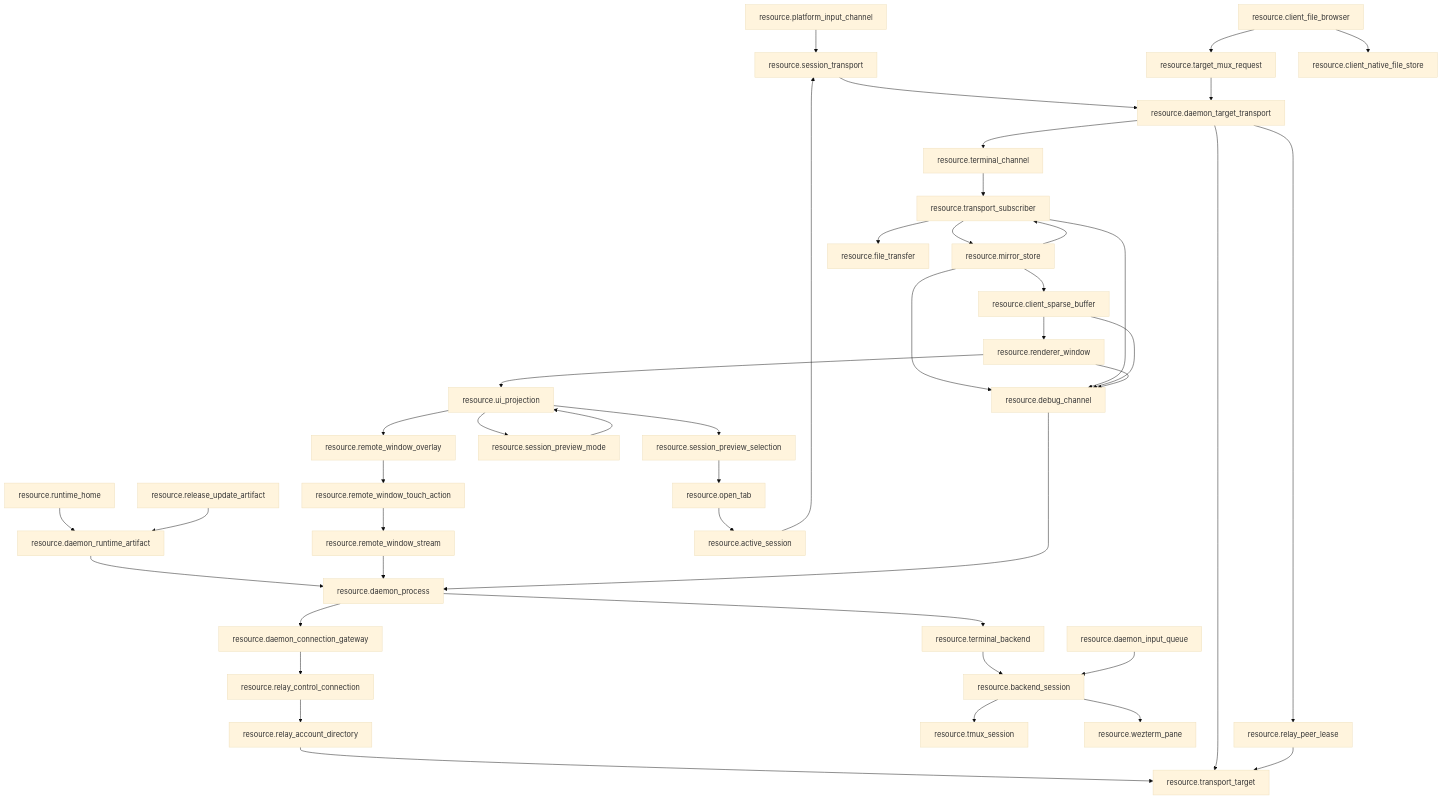
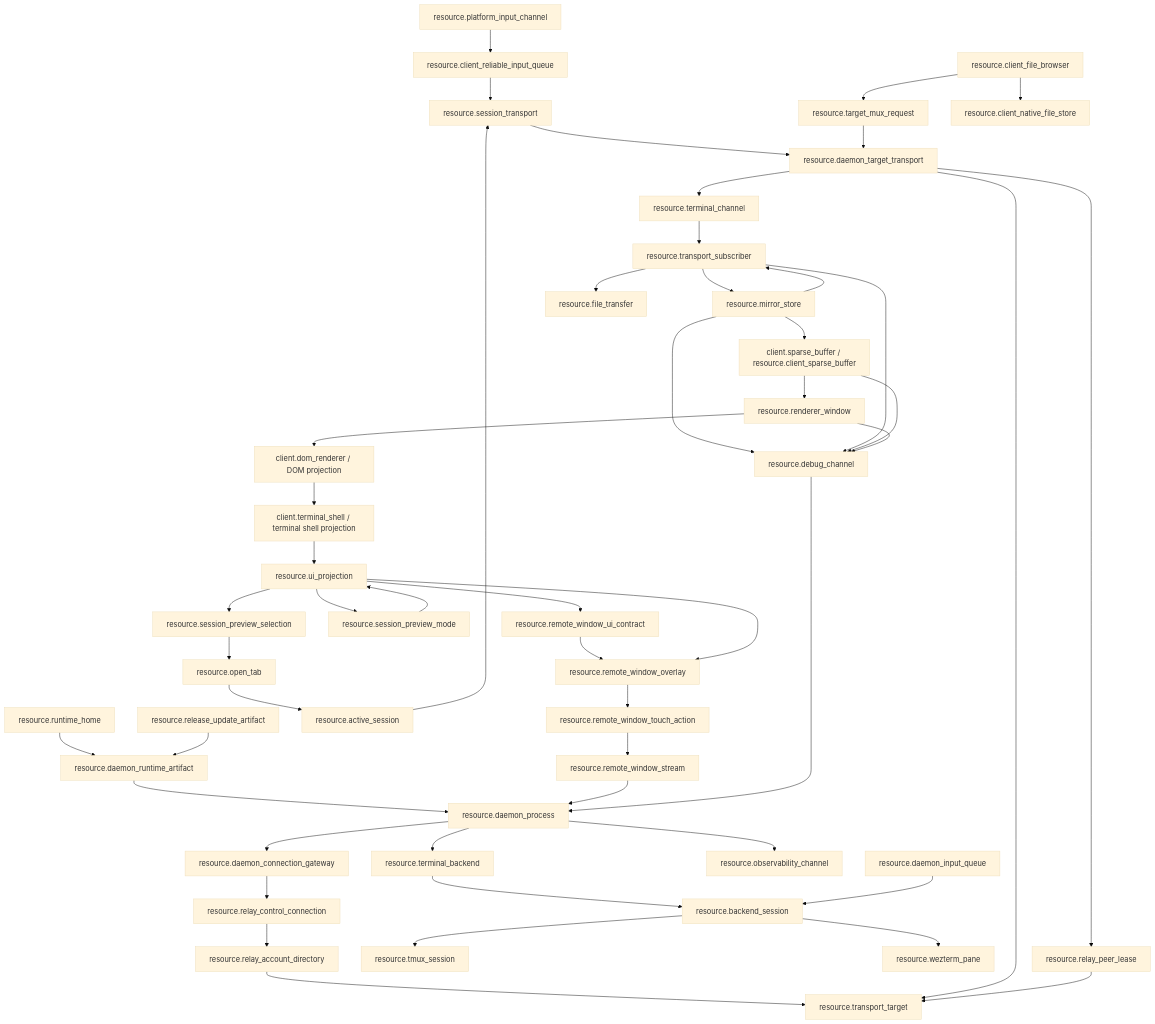
The fifth of 5 diagrams in android/docs/wiki/mainline-source.md (Jasonzhangf/zterm), drawn with Mermaid (base theme) before and after one commit. The commit also changed other lines of this file and 389 other files, not shown here.

````diff
--- a/android/docs/wiki/mainline-source.md
+++ b/android/docs/wiki/mainline-source.md
@@ -257,46 +339,52 @@
 ```mermaid
 flowchart TD
   RuntimeHome["resource.runtime_home"] --> DaemonArtifact["resource.daemon_runtime_artifact"]
   DaemonArtifact --> DaemonProcess["resource.daemon_process"]
   DaemonProcess --> DaemonConnectionGateway["resource.daemon_connection_gateway"]
   DaemonConnectionGateway --> RelayControlConnection["resource.relay_control_connection"]
   RelayControlConnection --> RelayAccountDirectory["resource.relay_account_directory"]
   RelayAccountDirectory --> TransportTarget
   DaemonProcess --> TerminalBackend["resource.terminal_backend"]
+  DaemonProcess --> ObservabilityChannel["resource.observability_channel"]
   TerminalBackend --> BackendSession["resource.backend_session"]
   BackendSession --> TmuxSession["resource.tmux_session"]
   BackendSession --> WeztermPane["resource.wezterm_pane"]
   SessionTransport["resource.session_transport"] --> DaemonTargetTransport["resource.daemon_target_transport"]
   DaemonTargetTransport --> TransportTarget["resource.transport_target"]
   DaemonTargetTransport --> RelayPeerLease["resource.relay_peer_lease"]
   RelayPeerLease --> TransportTarget
   DaemonTargetTransport --> TerminalChannel["resource.terminal_channel"]
   TerminalChannel --> TransportSubscriber["resource.transport_subscriber"]
   TransportSubscriber --> MirrorStore["resource.mirror_store"]
   MirrorStore --> TransportSubscriber
-  MirrorStore --> ClientSparseBuffer["resource.client_sparse_buffer"]
+  MirrorStore --> ClientSparseBuffer["client.sparse_buffer / resource.client_sparse_buffer"]
   ClientSparseBuffer --> RendererWindow["resource.renderer_window"]
-  RendererWindow --> UiProjection["resource.ui_projection"]
+  RendererWindow --> DomRenderer["client.dom_renderer / DOM projection"]
+  DomRenderer --> TerminalShell["client.terminal_shell / terminal shell projection"]
+  TerminalShell --> UiProjection["resource.ui_projection"]
   UiProjection --> PreviewSelection["resource.session_preview_selection"]
   UiProjection --> PreviewMode["resource.session_preview_mode"]
+  UiProjection --> RemoteWindowContract["resource.remote_window_ui_contract"]
+  RemoteWindowContract --> RemoteWindowOverlay
   UiProjection --> RemoteWindowOverlay["resource.remote_window_overlay"]
   RemoteWindowOverlay --> RemoteWindowTouchActionResource["resource.remote_window_touch_action"]
   RemoteWindowTouchActionResource --> RemoteWindowStream["resource.remote_window_stream"]
   RemoteWindowStream --> DaemonProcess
   PreviewSelection --> OpenTab
   PreviewMode --> UiProjection
   OpenTab["resource.open_tab"] --> ActiveSession["resource.active_session"]
   ActiveSession --> SessionTransport
-  PlatformInput["resource.platform_input_channel"] --> SessionTransport
+  PlatformInput["resource.platform_input_channel"] --> ReliableInputQueue["resource.client_reliable_input_queue"]
+  ReliableInputQueue --> SessionTransport
   ClientFileBrowser["resource.client_file_browser"] --> TargetMuxRequest["resource.target_mux_request"]
   TargetMuxRequest --> DaemonTargetTransport
   ClientFileBrowser --> ClientNativeFileStore["resource.client_native_file_store"]
   TransportSubscriber --> FileTransfer["resource.file_transfer"]
   DaemonInputQueue["resource.daemon_input_queue"] --> BackendSession
   ReleaseArtifact["resource.release_update_artifact"] --> DaemonArtifact
   DebugChannel["resource.debug_channel"] --> DaemonProcess
   MirrorStore --> DebugChannel
   TransportSubscriber --> DebugChannel
   ClientSparseBuffer --> DebugChannel
   RendererWindow --> DebugChannel
 ```
````
